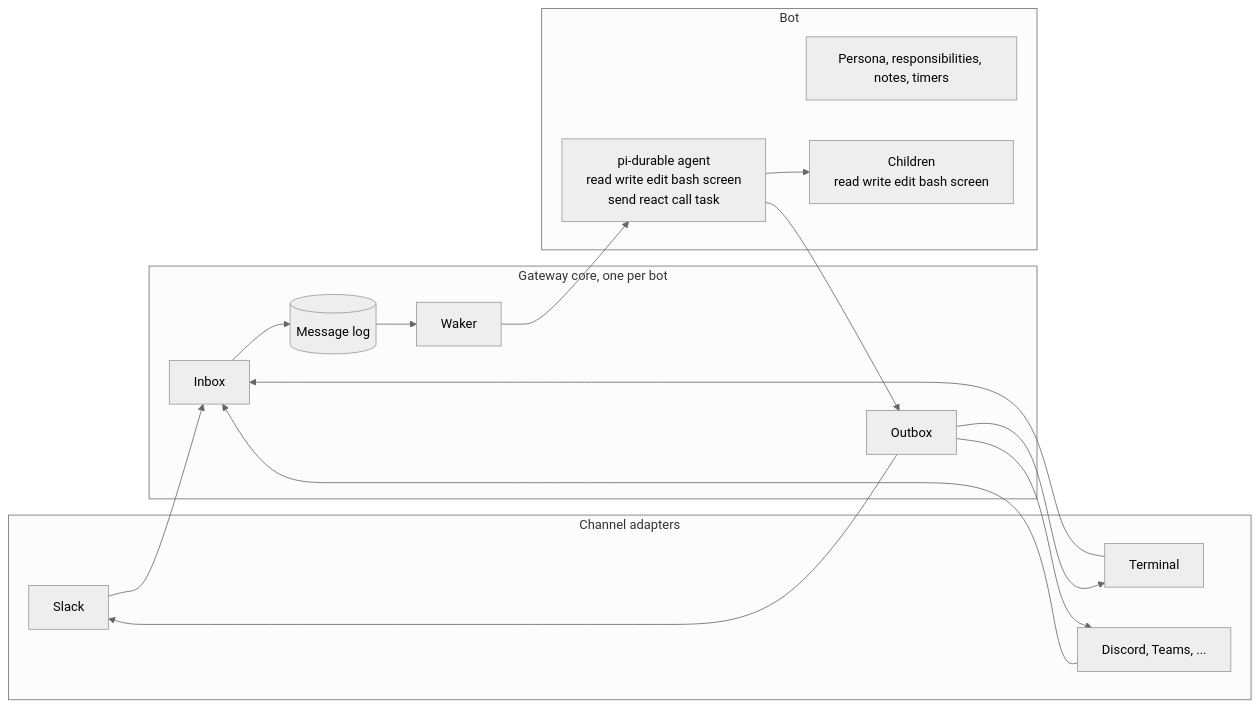
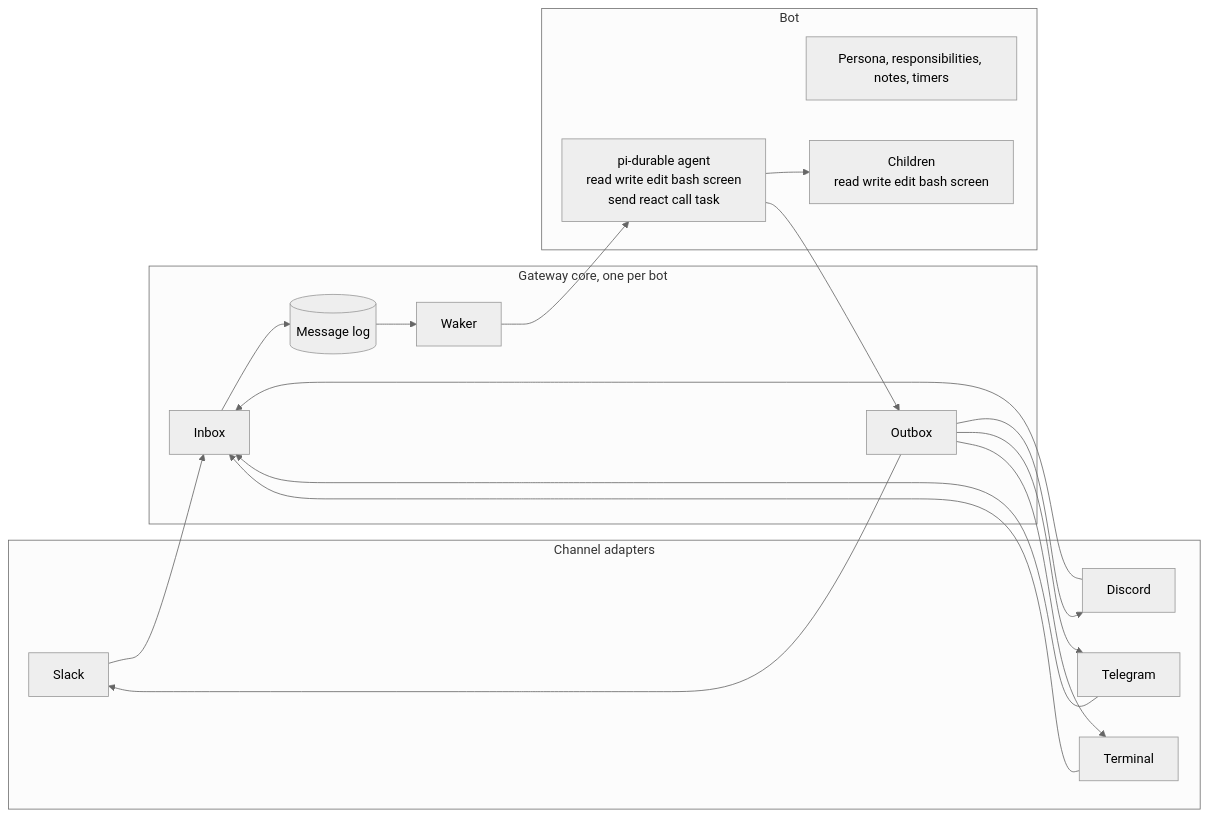
Before and after one commit to Crokily/pi-durable-bot: the second of 2 diagrams in README.md, drawn with Mermaid (neutral theme). The commit also changed other lines of this file and 1 other file, not shown here.

First line of the commit message:
Name Discord and Telegram as working channels in the README and the agent guide

````diff
--- a/README.md
+++ b/README.md
@@ -214,27 +214,30 @@
 ```mermaid
 flowchart LR
   subgraph Adapters[Channel adapters]
     S[Slack]
+    D[Discord]
+    TG[Telegram]
     T[Terminal]
-    D[Discord, Teams, ...]
   end
   subgraph Gateway[Gateway core, one per bot]
     I[Inbox] --> G[(Message log)]
     G --> K[Waker]
     O[Outbox]
   end
   subgraph Bot[Bot]
     P[Persona, responsibilities, notes, timers]
     A[pi-durable agent<br/>read write edit bash screen<br/>send react call task]
     C[Children<br/>read write edit bash screen]
     A --> C
   end
   S --> I
+  D --> I
+  TG --> I
   T --> I
-  D --> I
   K --> A
   A --> O
   O --> S
+  O --> D
+  O --> TG
   O --> T
-  O --> D
 ```
````
